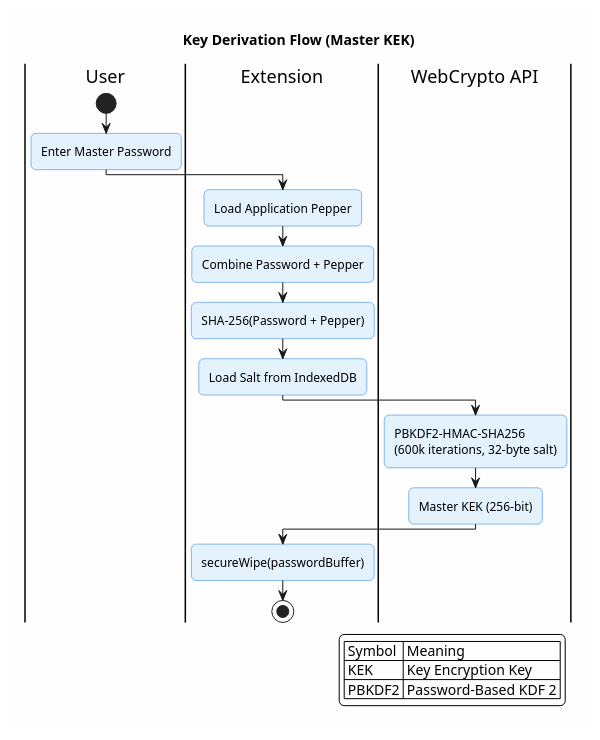
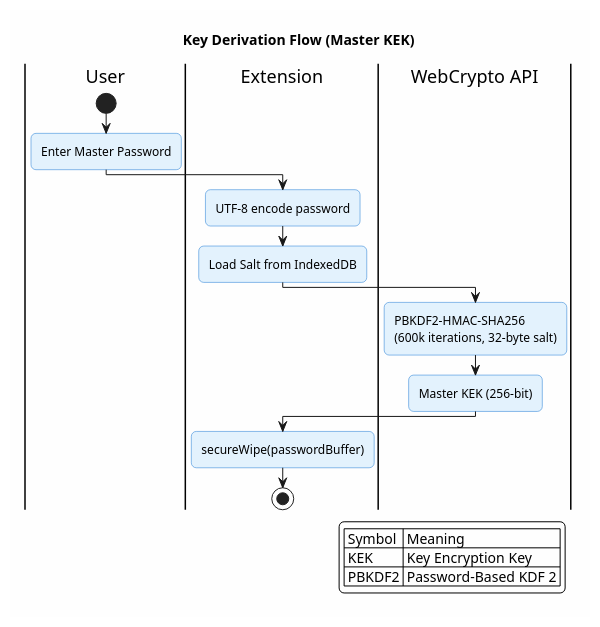
The diagram in docs/architecture/flow/01-key-derivation-master-kek.flow.puml (ArionStudio/engr-serverless-pm), drawn with PlantUML before and after one commit. The commit also changed 6 other files, not shown here.

```diff
--- a/docs/architecture/flow/01-key-derivation-master-kek.flow.puml
+++ b/docs/architecture/flow/01-key-derivation-master-kek.flow.puml
@@ -1,38 +1,36 @@
 @startuml 01-key-derivation-master-kek
 title Key Derivation Flow (Master KEK)
 
 skinparam backgroundColor #FEFEFE
 skinparam roundcorner 10
 skinparam shadowing false
 
 skinparam activity {
     BackgroundColor #E3F2FD
     BorderColor #1976D2
 }
 
 |User|
 start
 :Enter Master Password;
 
 |Extension|
-:Load Application Pepper;
-:Combine Password + Pepper;
-:SHA-256(Password + Pepper);
+:UTF-8 encode password;
 :Load Salt from IndexedDB;
 
 |WebCrypto API|
 :PBKDF2-HMAC-SHA256
 (600k iterations, 32-byte salt);
 :Master KEK (256-bit);
 
 |Extension|
 :secureWipe(passwordBuffer);
 stop
 
 legend right
     | Symbol | Meaning |
     | KEK | Key Encryption Key |
     | PBKDF2 | Password-Based KDF 2 |
 endlegend
 
 @enduml
```
